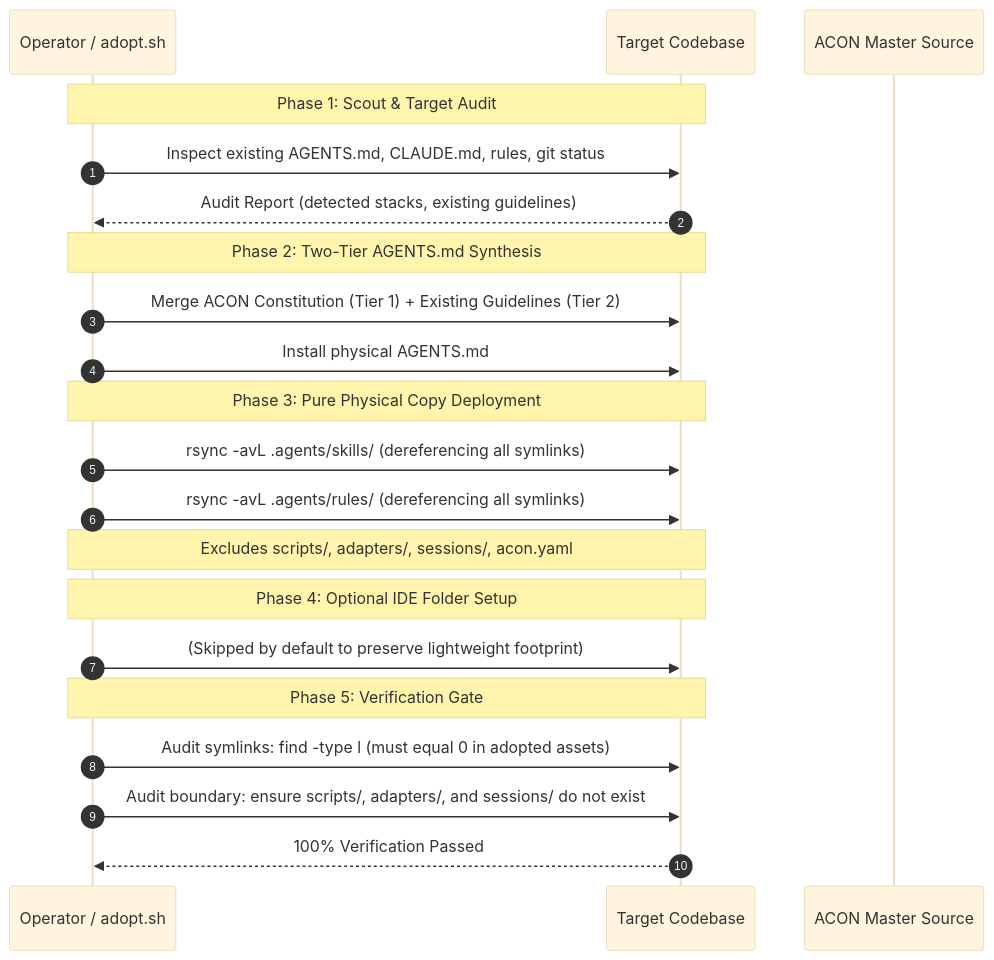
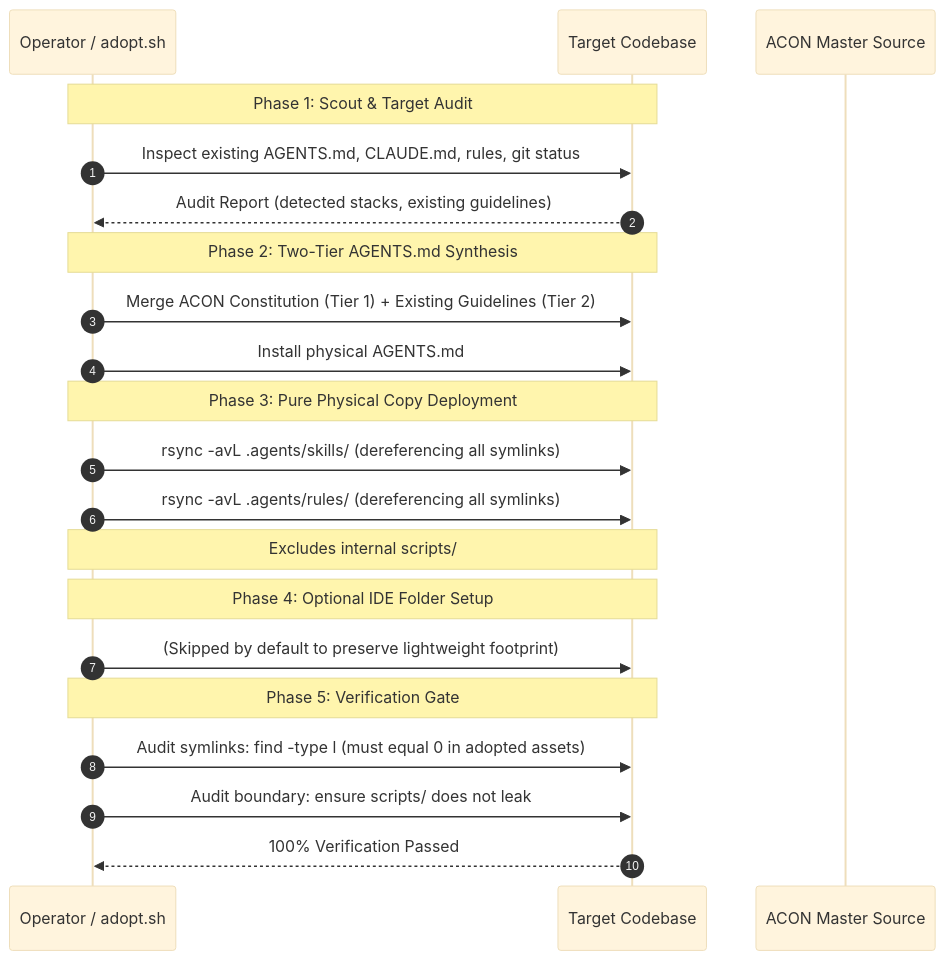
The second of 2 diagrams in .agents/skills/productivity/adopt-acon/SKILL.md (HairyBlue/acon), drawn with Mermaid (base theme) before and after one commit. The commit also changed other lines of this file and 5 other files, not shown here.

Commit message:
refactor(adopt): purge adapters and acon.yaml references from constitution, skills, and adopt script

````diff
--- a/.agents/skills/productivity/adopt-acon/SKILL.md
+++ b/.agents/skills/productivity/adopt-acon/SKILL.md
@@ -128,28 +122,28 @@
 ```mermaid
 sequenceDiagram
     autonumber
     participant Op as Operator / adopt.sh
     participant Target as Target Codebase
     participant ACON as ACON Master Source
 
     Note over Op,Target: Phase 1: Scout & Target Audit
     Op->>Target: Inspect existing AGENTS.md, CLAUDE.md, rules, git status
     Target-->>Op: Audit Report (detected stacks, existing guidelines)
 
     Note over Op,Target: Phase 2: Two-Tier AGENTS.md Synthesis
     Op->>Target: Merge ACON Constitution (Tier 1) + Existing Guidelines (Tier 2)
     Op->>Target: Install physical AGENTS.md
 
     Note over Op,Target: Phase 3: Pure Physical Copy Deployment
     Op->>Target: rsync -avL .agents/skills/ (dereferencing all symlinks)
     Op->>Target: rsync -avL .agents/rules/ (dereferencing all symlinks)
-    Note over Op,Target: Excludes scripts/, adapters/, sessions/, acon.yaml
+    Note over Op,Target: Excludes internal scripts/
 
     Note over Op,Target: Phase 4: Optional IDE Folder Setup
     Op->>Target: (Skipped by default to preserve lightweight footprint)
 
     Note over Op,Target: Phase 5: Verification Gate
     Op->>Target: Audit symlinks: find -type l (must equal 0 in adopted assets)
-    Op->>Target: Audit boundary: ensure scripts/, adapters/, and sessions/ do not exist
+    Op->>Target: Audit boundary: ensure scripts/ does not leak
     Target-->>Op: 100% Verification Passed
 ```
````
